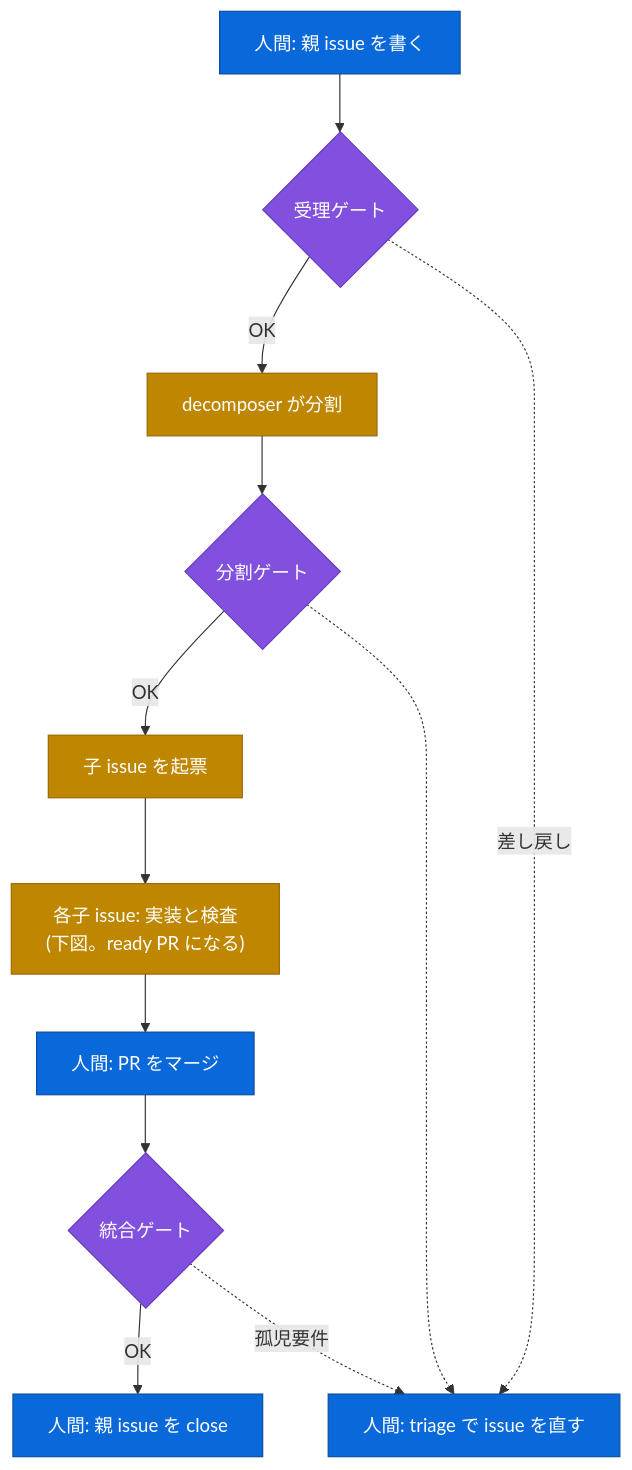
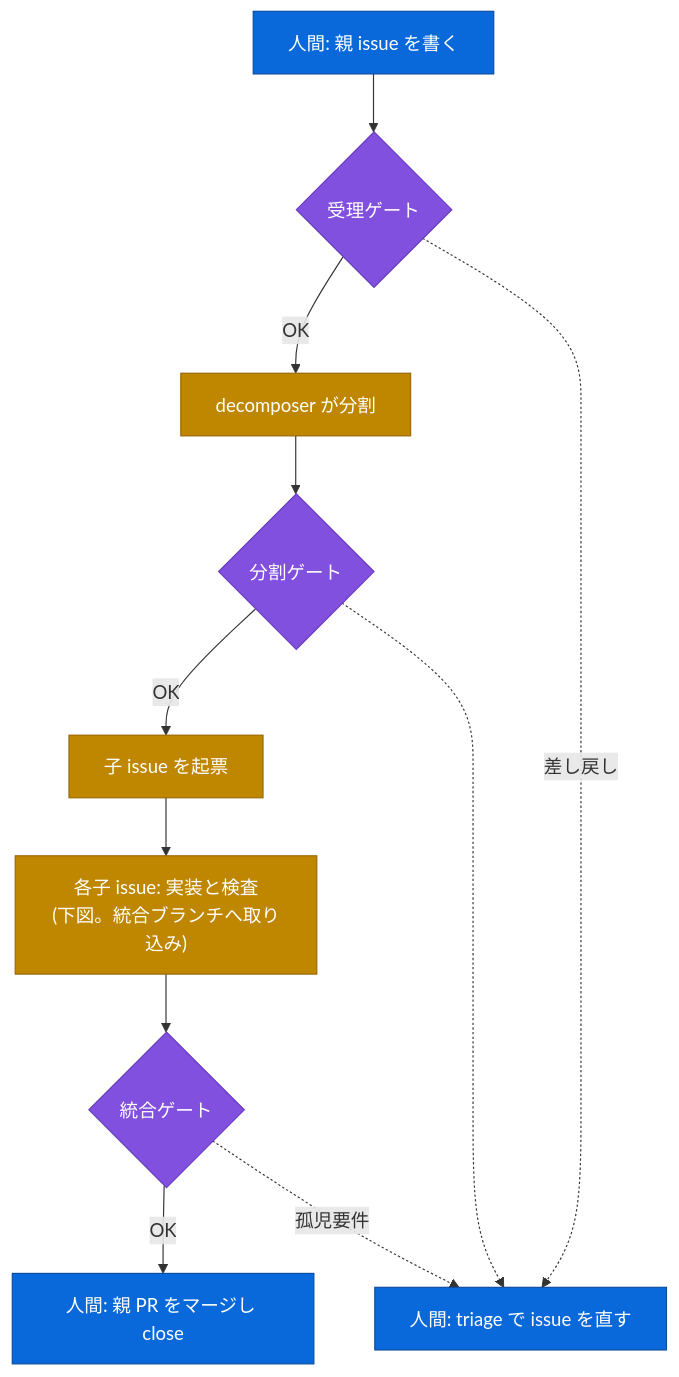
The first of 2 diagrams in README.md (reonyanarticle/tasuki), drawn with Mermaid before and after one commit. The commit also changed other lines of this file and 6 other files, not shown here.

````diff
--- a/README.md
+++ b/README.md
@@ -56,22 +56,21 @@
 ```mermaid
 flowchart TD
     accTitle: tasuki の全体の流れ
-    accDescr: 人間が親 issue を書くと、受理ゲートと分割ゲートを経て子 issue に分かれる。各子はループが実装と検査を行い ready PR になる。人間がマージし、統合ゲートを経て人間が親 issue を close する。ゲートの差し戻しは triage として人間に戻る。
+    accDescr: 人間が親 issue を書くと、受理ゲートと分割ゲートを経て子 issue に分かれる。各子はループが実装と検査を行い、統合ブランチへ取り込まれる。統合ゲートと出荷前レビューを経て、人間が親 PR を1回だけマージする。ゲートの差し戻しは triage として人間に戻る。
     classDef human fill:#0969da,stroke:#0a4c9e,color:#fff
     classDef gate fill:#8250df,stroke:#6639ba,color:#fff
     classDef work fill:#bf8700,stroke:#9a6700,color:#fff
 
     H0["人間: 親 issue を書く"]:::human --> intake{"受理ゲート"}:::gate
     intake -->|OK| D["decomposer が分割"]:::work
     D --> split{"分割ゲート"}:::gate
     split -->|OK| C["子 issue を起票"]:::work
-    C --> IN["各子 issue: 実装と検査<br/>(下図。ready PR になる)"]:::work
-    IN --> HM["人間: PR をマージ"]:::human
-    HM --> integration{"統合ゲート"}:::gate
-    integration -->|OK| HC["人間: 親 issue を close"]:::human
+    C --> IN["各子 issue: 実装と検査<br/>(下図。統合ブランチへ取り込み)"]:::work
+    IN --> integration{"統合ゲート"}:::gate
+    integration -->|OK| HM["人間: 親 PR をマージし close"]:::human
 
     T["人間: triage で issue を直す"]:::human
     intake -.->|差し戻し| T
     split -.-> T
     integration -.->|孤児要件| T
 ```
````
